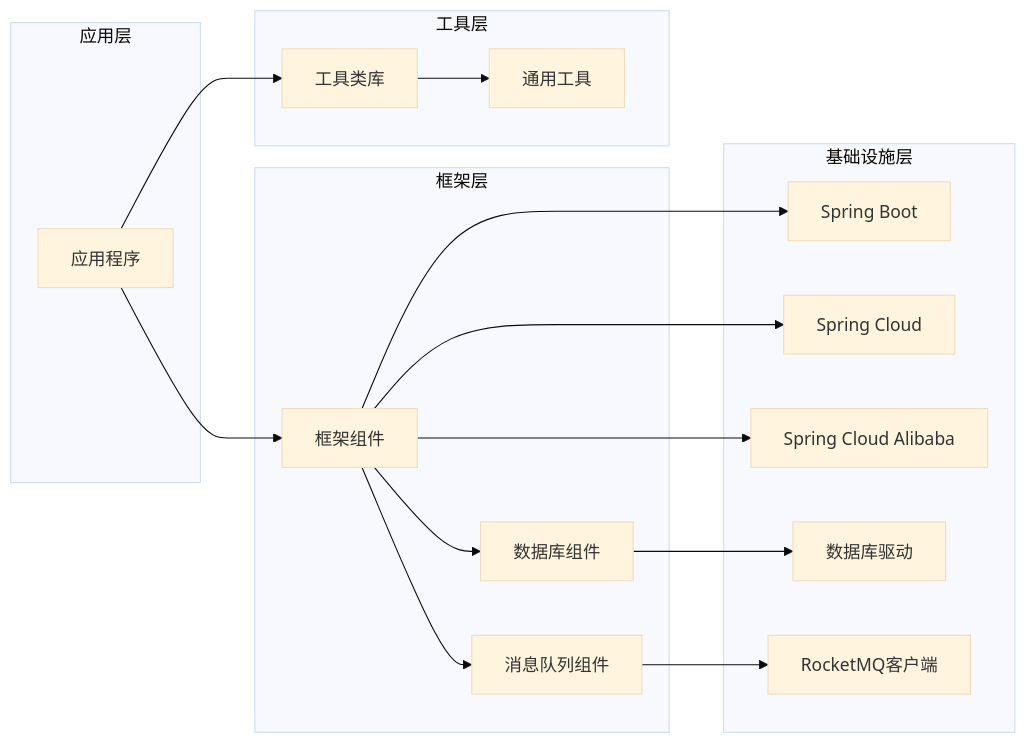
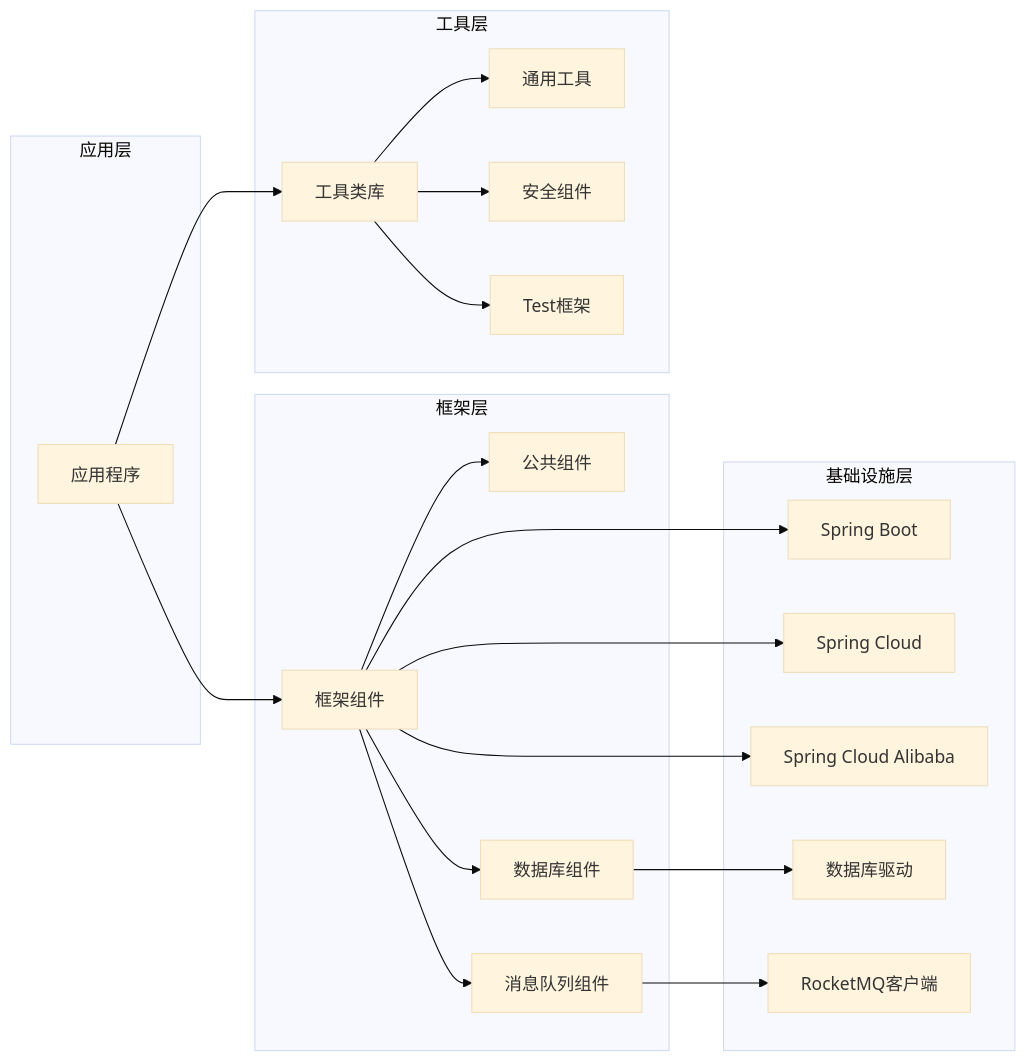
One commit to guanglei93/pandora-cloud changed the seventh of 8 diagrams in .qoder/repowiki/zh/content/架构设计/依赖管理架构.md. Above: the diagram before and after it, drawn with Mermaid (base theme). The commit also changed other lines of this file and 5 other files, not shown here.

````diff
--- a/.qoder/repowiki/zh/content/架构设计/依赖管理架构.md
+++ b/.qoder/repowiki/zh/content/架构设计/依赖管理架构.md
@@ -300,32 +353,38 @@
 ```mermaid
 graph LR
 subgraph "应用层"
 App[应用程序]
 end
 subgraph "框架层"
 FW[框架组件]
+CM[公共组件]
 DB[数据库组件]
 MQ[消息队列组件]
 end
 subgraph "基础设施层"
 SB[Spring Boot]
 SC[Spring Cloud]
 AL[Spring Cloud Alibaba]
 DBLib[数据库驱动]
 MQLib[RocketMQ客户端]
 end
 subgraph "工具层"
 Tools[工具类库]
 Utils[通用工具]
+Security[安全组件]
+Test[Test框架]
 end
 App --> FW
+FW --> CM
 FW --> DB
 FW --> MQ
 DB --> DBLib
 MQ --> MQLib
 FW --> SB
 FW --> SC
 FW --> AL
 App --> Tools
 Tools --> Utils
+Tools --> Security
+Tools --> Test
 ```
````
